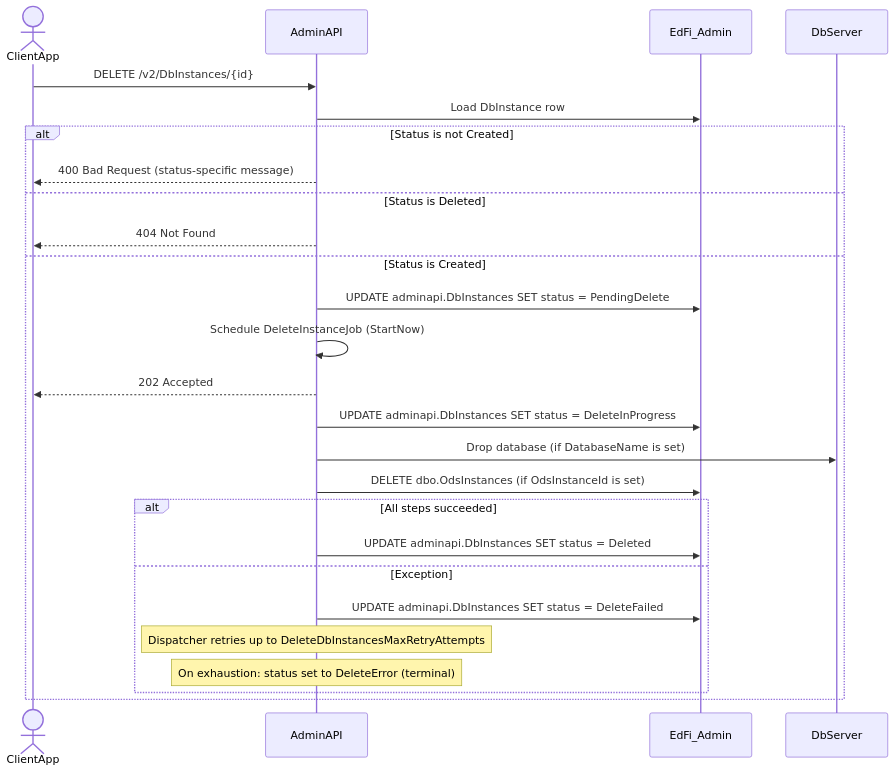
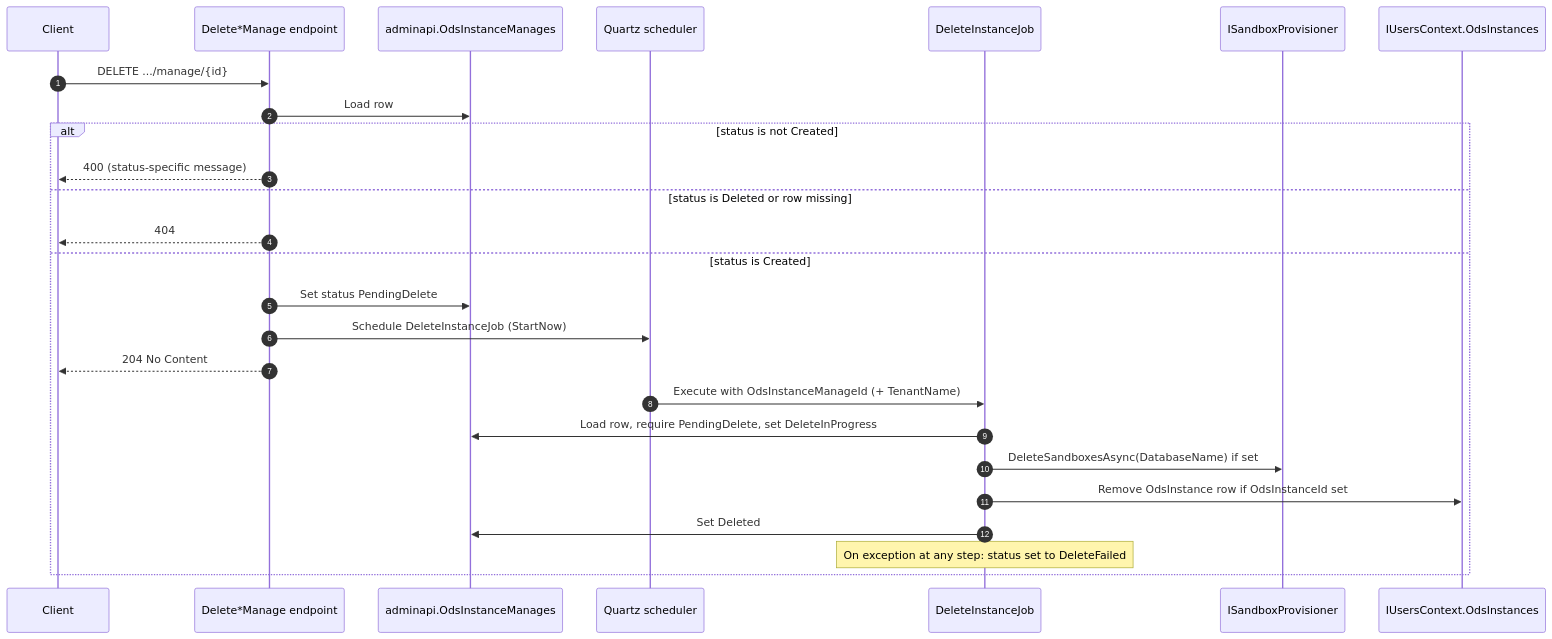
One commit to Ed-Fi-Alliance-OSS/ODS-Admin-API changed the third of 3 diagrams in docs/design/INSTANCE-MANAGEMENT.md. Above: the diagram before and after it, drawn with Mermaid. The commit also changed other lines of this file and 5 other files, not shown here.

First line of the commit message:
[ADMINAPI-1485] Update Instance/DataStore Management design docs to match current implementation (#422)

````diff
--- a/docs/design/INSTANCE-MANAGEMENT.md
+++ b/docs/design/INSTANCE-MANAGEMENT.md
@@ -195,29 +402,29 @@
 ```mermaid
 sequenceDiagram
-  actor ClientApp
-  participant AdminAPI
-  participant EdFi_Admin
-  participant DbServer
+    autonumber
+    participant Client
+    participant API as Delete*Manage endpoint
+    participant Db as adminapi.OdsInstanceManages
+    participant Quartz as Quartz scheduler
+    participant Worker as DeleteInstanceJob
+    participant Provisioner as ISandboxProvisioner
+    participant Users as IUsersContext.OdsInstances
 
-  ClientApp ->> AdminAPI: DELETE /v2/DbInstances/{id}
-  AdminAPI ->> EdFi_Admin: Load DbInstance row
-  alt Status is not Created
-    AdminAPI -->> ClientApp: 400 Bad Request (status-specific message)
-  else Status is Deleted
-    AdminAPI -->> ClientApp: 404 Not Found
-  else Status is Created
-    AdminAPI ->> EdFi_Admin: UPDATE adminapi.DbInstances SET status = PendingDelete
-    AdminAPI ->> AdminAPI: Schedule DeleteInstanceJob (StartNow)
-    AdminAPI -->> ClientApp: 202 Accepted
-    AdminAPI ->> EdFi_Admin: UPDATE adminapi.DbInstances SET status = DeleteInProgress
-    AdminAPI ->> DbServer: Drop database (if DatabaseName is set)
-    AdminAPI ->> EdFi_Admin: DELETE dbo.OdsInstances (if OdsInstanceId is set)
-    alt All steps succeeded
-      AdminAPI ->> EdFi_Admin: UPDATE adminapi.DbInstances SET status = Deleted
-    else Exception
-      AdminAPI ->> EdFi_Admin: UPDATE adminapi.DbInstances SET status = DeleteFailed
-      Note over AdminAPI: Dispatcher retries up to DeleteDbInstancesMaxRetryAttempts
-      Note over AdminAPI: On exhaustion: status set to DeleteError (terminal)
+    Client->>API: DELETE .../manage/{id}
+    API->>Db: Load row
+    alt status is not Created
+        API-->>Client: 400 (status-specific message)
+    else status is Deleted or row missing
+        API-->>Client: 404
+    else status is Created
+        API->>Db: Set status PendingDelete
+        API->>Quartz: Schedule DeleteInstanceJob (StartNow)
+        API-->>Client: 204 No Content
+        Quartz->>Worker: Execute with OdsInstanceManageId (+ TenantName)
+        Worker->>Db: Load row, require PendingDelete, set DeleteInProgress
+        Worker->>Provisioner: DeleteSandboxesAsync(DatabaseName) if set
+        Worker->>Users: Remove OdsInstance row if OdsInstanceId set
+        Worker->>Db: Set Deleted
+        Note over Worker: On exception at any step: status set to DeleteFailed
     end
-  end
 ```
````
